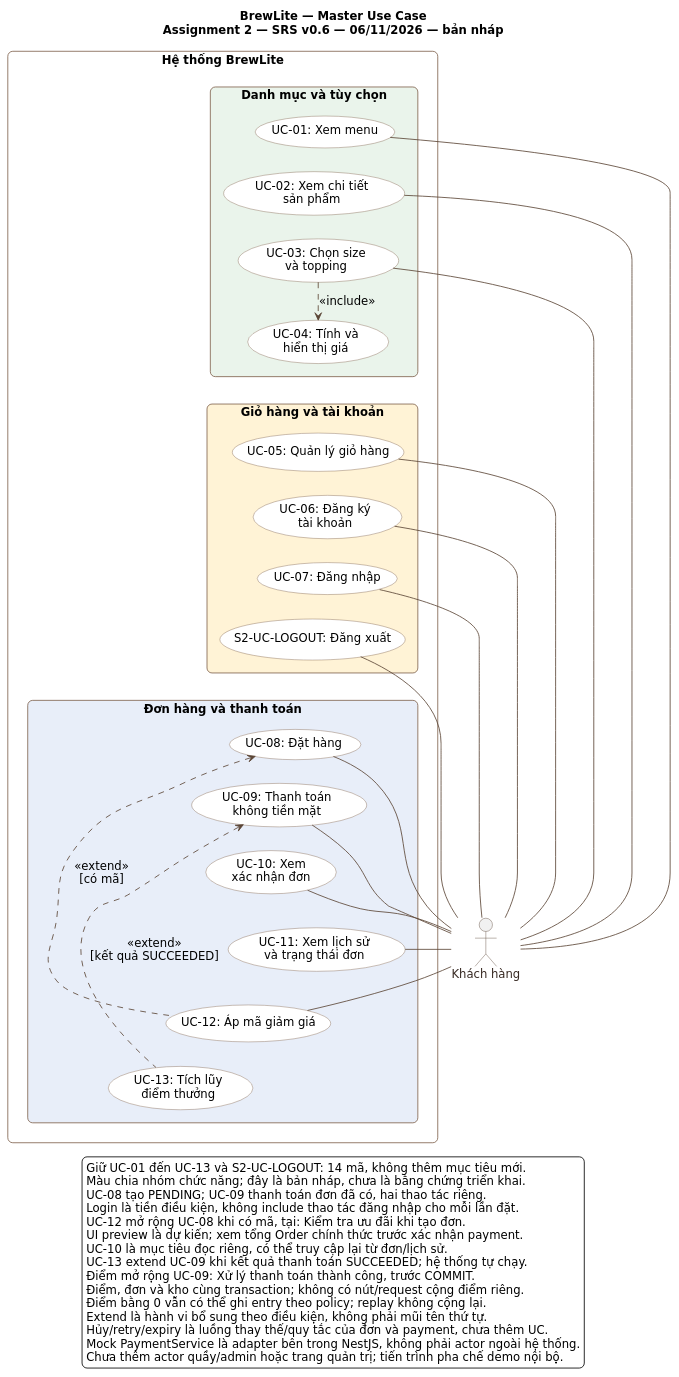
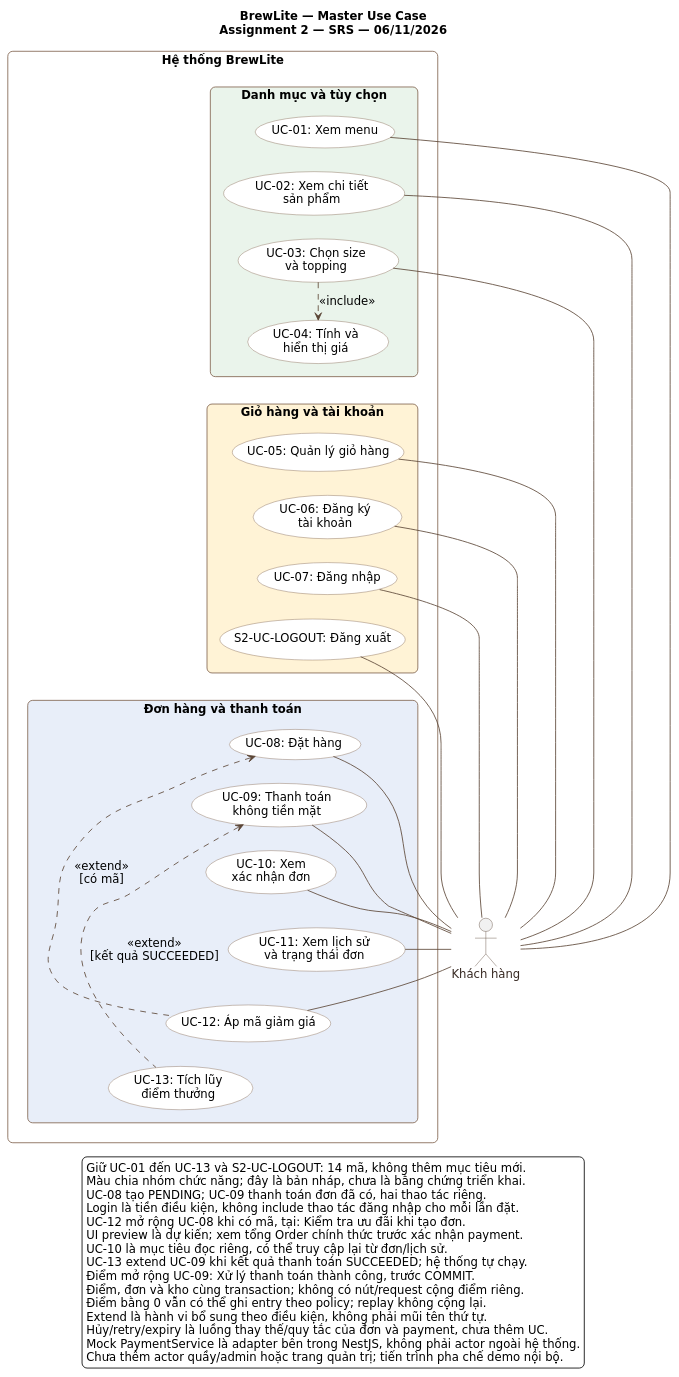
The diagram in docs/diagrams/master-use-case.puml (giabaot400-boop/BrewLite), drawn with PlantUML before and after one commit. The commit also changed 49 other files, not shown here.

```diff
--- a/docs/diagrams/master-use-case.puml
+++ b/docs/diagrams/master-use-case.puml
@@ -1,99 +1,99 @@
 @startuml master-use-case
 skinparam defaultFontName DejaVu Sans
 skinparam defaultFontSize 14
 skinparam shadowing false
 skinparam backgroundColor #FFFFFF
 skinparam ArrowColor #5B4636
 skinparam roundcorner 12
 skinparam packageStyle rectangle
 skinparam noteBackgroundColor #FFF6DA
 skinparam noteBorderColor #B89551
 skinparam actorBorderColor #5B4636
 skinparam actorFontColor #382A23
 skinparam rectangleBorderColor #80644F
 skinparam usecaseBorderColor #80644F
 skinparam entityBorderColor #80644F
 skinparam activityBorderColor #80644F
 skinparam activityBackgroundColor #F9F2E9
 skinparam activityDiamondBackgroundColor #FFF6DA
 skinparam activityDiamondBorderColor #80644F
 skinparam swimlaneBorderColor #C9B9A9
 top to bottom direction
-title BrewLite — Master Use Case\nAssignment 2 — SRS v0.6 — 06/11/2026 — bản nháp
+title BrewLite — Master Use Case\nAssignment 2 — SRS — 06/11/2026
 skinparam usecaseBackgroundColor #FFFFFF
 skinparam nodesep 22
 skinparam ranksep 28
 
 actor "Khách hàng" as Customer
 
 rectangle "Hệ thống BrewLite" {
   package "Danh mục và tùy chọn" as Catalog #EAF4EB {
     usecase "UC-01: Xem menu" as UC01
     usecase "UC-02: Xem chi tiết\nsản phẩm" as UC02
     usecase "UC-03: Chọn size\nvà topping" as UC03
     usecase "UC-04: Tính và\nhiển thị giá" as UC04
   }
   package "Giỏ hàng và tài khoản" as Account #FFF3D6 {
     usecase "UC-05: Quản lý giỏ hàng" as UC05
     usecase "UC-06: Đăng ký\ntài khoản" as UC06
     usecase "UC-07: Đăng nhập" as UC07
     usecase "S2-UC-LOGOUT: Đăng xuất" as Logout
   }
   package "Đơn hàng và thanh toán" as Orders #E8EEF9 {
     usecase "UC-08: Đặt hàng" as UC08
     usecase "UC-09: Thanh toán\nkhông tiền mặt" as UC09
     usecase "UC-10: Xem\nxác nhận đơn" as UC10
     usecase "UC-11: Xem lịch sử\nvà trạng thái đơn" as UC11
     usecase "UC-12: Áp mã giảm giá" as UC12
     usecase "UC-13: Tích lũy\nđiểm thưởng" as UC13
   }
 }
 
 Customer -left- UC01
 Customer -left- UC02
 Customer -left- UC03
 Customer -left- UC05
 Customer -left- UC06
 Customer -left- UC07
 Customer -left- UC08
 Customer -left- Logout
 Customer -left- UC09
 Customer -left- UC10
 Customer -left- UC11
 Customer -left- UC12
 
 UC03 .down.> UC04 : <<include>>
 UC12 .up.> UC08 : <<extend>>\n[có mã]
 UC13 .left.> UC09 : <<extend>>\n[kết quả SUCCEEDED]
 UC04 -[hidden]down-> UC05
 Logout -[hidden]down-> UC08
 UC08 -[hidden]down-> UC09
 UC01 -[hidden]down-> UC02
 UC02 -[hidden]down-> UC03
 UC05 -[hidden]down-> UC06
 UC06 -[hidden]down-> UC07
 UC07 -[hidden]down-> Logout
 UC09 -[hidden]down-> UC10
 UC10 -[hidden]down-> UC11
 UC11 -[hidden]down-> UC12
 UC12 -[hidden]down-> UC13
 
 legend bottom
   Giữ UC-01 đến UC-13 và S2-UC-LOGOUT: 14 mã, không thêm mục tiêu mới.
   Màu chia nhóm chức năng; đây là bản nháp, chưa là bằng chứng triển khai.
   UC-08 tạo PENDING; UC-09 thanh toán đơn đã có, hai thao tác riêng.
   Login là tiền điều kiện, không include thao tác đăng nhập cho mỗi lần đặt.
   UC-12 mở rộng UC-08 khi có mã, tại: Kiểm tra ưu đãi khi tạo đơn.
   UI preview là dự kiến; xem tổng Order chính thức trước xác nhận payment.
   UC-10 là mục tiêu đọc riêng, có thể truy cập lại từ đơn/lịch sử.
   UC-13 extend UC-09 khi kết quả thanh toán SUCCEEDED; hệ thống tự chạy.
   Điểm mở rộng UC-09: Xử lý thanh toán thành công, trước COMMIT.
   Điểm, đơn và kho cùng transaction; không có nút/request cộng điểm riêng.
   Điểm bằng 0 vẫn có thể ghi entry theo policy; replay không cộng lại.
   Extend là hành vi bổ sung theo điều kiện, không phải mũi tên thứ tự.
   Hủy/retry/expiry là luồng thay thế/quy tắc của đơn và payment, chưa thêm UC.
   Mock PaymentService là adapter bên trong NestJS, không phải actor ngoài hệ thống.
   Chưa thêm actor quầy/admin hoặc trang quản trị; tiến trình pha chế demo nội bộ.
 endlegend
 
 @enduml
```
